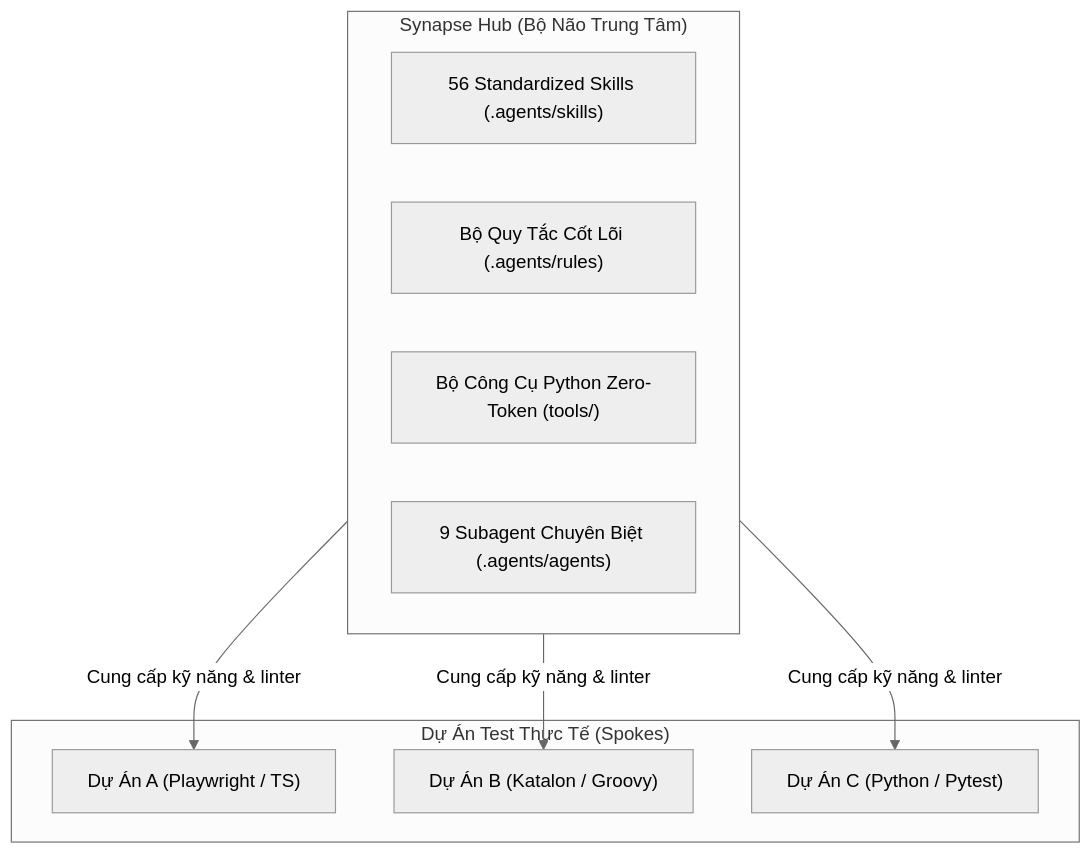
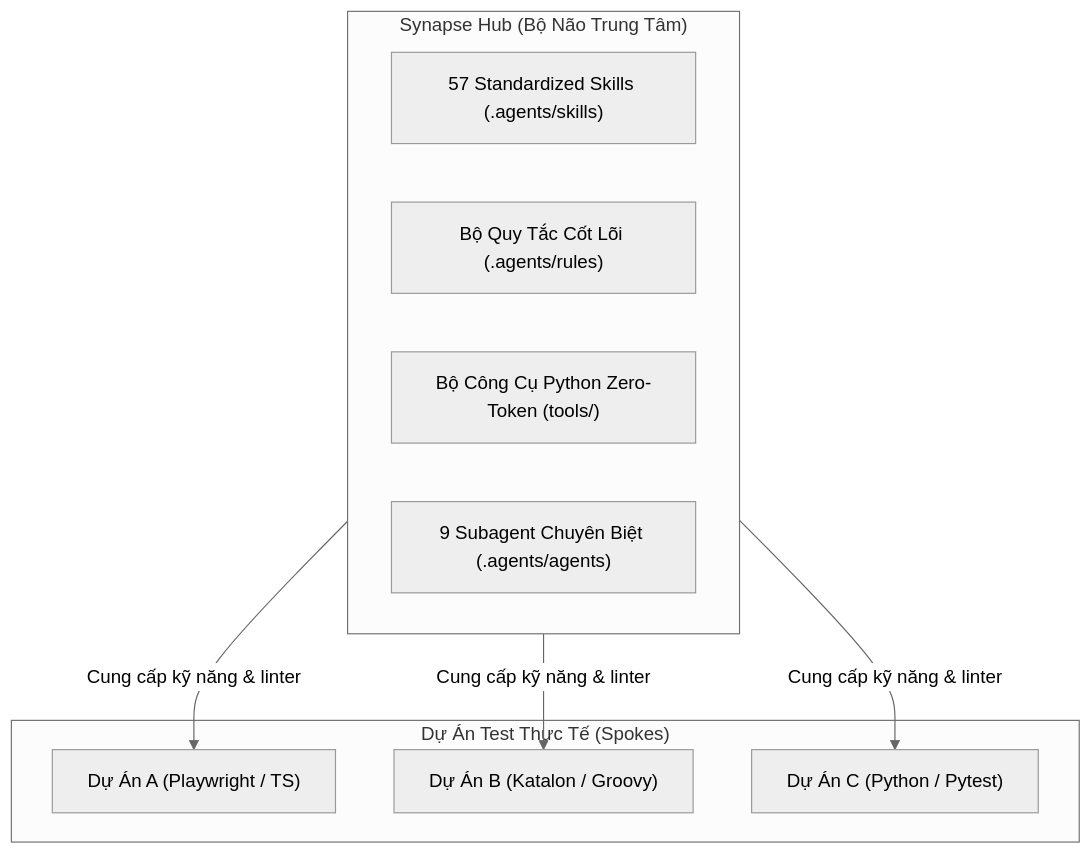
One commit to TeeVee98/Synapse-Hub changed the first of 3 diagrams in docs/ARCHITECTURE.md. Above: the diagram before and after it, drawn with Mermaid (neutral theme). The commit also changed other lines of this file and 81 other files, not shown here.

Commit message:
chore(release): v4.8.1 - enterprise agent protocols, decision ledger, and architecture perfection

````diff
--- a/docs/ARCHITECTURE.md
+++ b/docs/ARCHITECTURE.md
@@ -17,19 +17,19 @@
 ```mermaid
 flowchart TD
     subgraph Hub["Synapse Hub (Bộ Não Trung Tâm)"]
-        Catalog["56 Standardized Skills (.agents/skills)"]
+        Catalog["57 Standardized Skills (.agents/skills)"]
         Rules["Bộ Quy Tắc Cốt Lõi (.agents/rules)"]
         Tools["Bộ Công Cụ Python Zero-Token (tools/)"]
         Swarm["9 Subagent Chuyên Biệt (.agents/agents)"]
     end
 
     subgraph Spokes["Dự Án Test Thực Tế (Spokes)"]
         Repo1["Dự Án A (Playwright / TS)"]
         Repo2["Dự Án B (Katalon / Groovy)"]
         Repo3["Dự Án C (Python / Pytest)"]
     end
 
     Hub -->|Cung cấp kỹ năng & linter| Repo1
     Hub -->|Cung cấp kỹ năng & linter| Repo2
     Hub -->|Cung cấp kỹ năng & linter| Repo3
 ```
````
